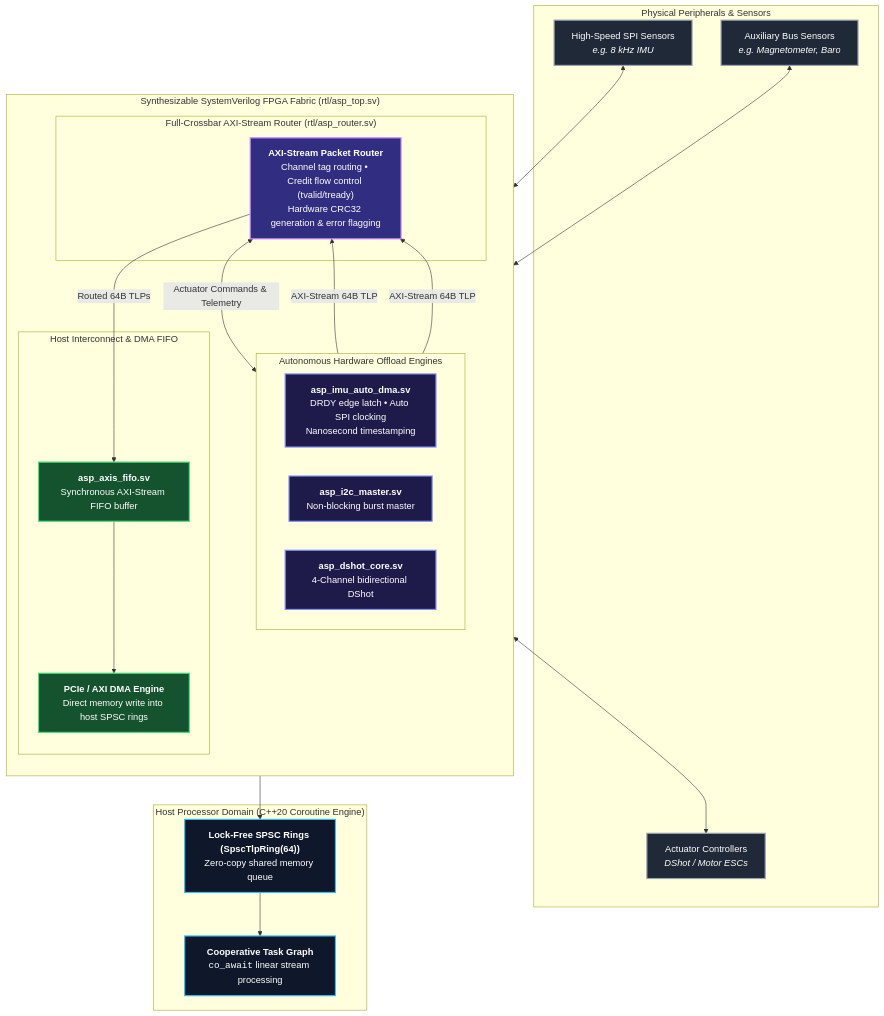
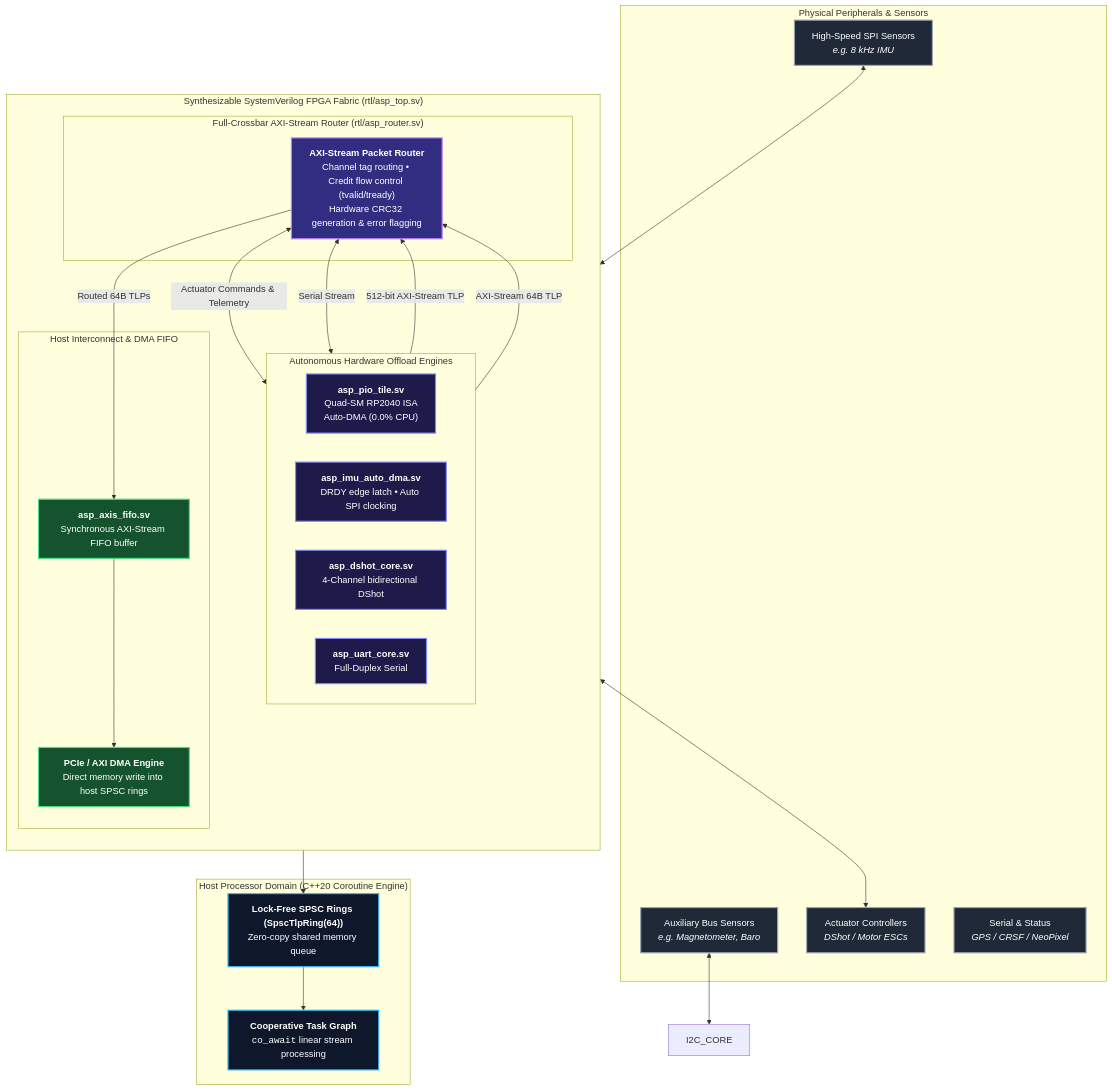
Before and after one commit to tcmichals/AbstractX: the sixth of 8 diagrams in README.md, drawn with Mermaid. The commit also changed other lines of this file and 5 other files, not shown here.

````diff
--- a/README.md
+++ b/README.md
@@ -545,55 +553,58 @@
 ```mermaid
 flowchart TD
     subgraph SENSORS["Physical Peripherals & Sensors"]
         SPI_DEV["High-Speed SPI Sensors<br/><i>e.g. 8 kHz IMU</i>"]
         I2C_DEV["Auxiliary Bus Sensors<br/><i>e.g. Magnetometer, Baro</i>"]
         PWM_ACT["Actuator Controllers<br/><i>DShot / Motor ESCs</i>"]
+        SER_DEV["Serial & Status<br/><i>GPS / CRSF / NeoPixel</i>"]
     end
 
     subgraph FPGA["Synthesizable SystemVerilog FPGA Fabric (rtl/asp_top.sv)"]
         direction TB
         
         subgraph CORES["Autonomous Hardware Offload Engines"]
             direction LR
-            AUTO_DMA["<b>asp_imu_auto_dma.sv</b><br/>DRDY edge latch • Auto SPI clocking<br/>Nanosecond timestamping"]
-            I2C_CORE["<b>asp_i2c_master.sv</b><br/>Non-blocking burst master"]
+            PIO_CORE["<b>asp_pio_tile.sv</b><br/>Quad-SM RP2040 ISA<br/>Auto-DMA (0.0% CPU)"]
+            AUTO_DMA["<b>asp_imu_auto_dma.sv</b><br/>DRDY edge latch • Auto SPI clocking"]
             DSHOT_CORE["<b>asp_dshot_core.sv</b><br/>4-Channel bidirectional DShot"]
+            UART_CORE["<b>asp_uart_core.sv</b><br/>Full-Duplex Serial"]
         end
 
         subgraph SWITCH["Full-Crossbar AXI-Stream Router (rtl/asp_router.sv)"]
             ROUTER["<b>AXI-Stream Packet Router</b><br/>Channel tag routing • Credit flow control (tvalid/tready)<br/>Hardware CRC32 generation & error flagging"]
         end
 
         subgraph EGRESS["Host Interconnect & DMA FIFO"]
             AXI_FIFO["<b>asp_axis_fifo.sv</b><br/>Synchronous AXI-Stream FIFO buffer"]
             PCIE_DMA["<b>PCIe / AXI DMA Engine</b><br/>Direct memory write into host SPSC rings"]
         end
 
+        PIO_CORE -->|512-bit AXI-Stream TLP| ROUTER
         AUTO_DMA -->|AXI-Stream 64B TLP| ROUTER
-        I2C_CORE -->|AXI-Stream 64B TLP| ROUTER
         ROUTER <-->|Actuator Commands & Telemetry| DSHOT_CORE
+        ROUTER <-->|Serial Stream| UART_CORE
         ROUTER -->|Routed 64B TLPs| AXI_FIFO --> PCIE_DMA
     end
 
     subgraph HOST["Host Processor Domain (C++20 Coroutine Engine)"]
         SPSC_HOST["<b>Lock-Free SPSC Rings (SpscTlpRing(64))</b><br/>Zero-copy shared memory queue"]
         CORO_HOST["<b>Cooperative Task Graph</b><br/><code>co_await</code> linear stream processing"]
         PCIE_DMA --> SPSC_HOST --> CORO_HOST
     end
 
     SPI_DEV <--> AUTO_DMA
     I2C_DEV <--> I2C_CORE
     DSHOT_CORE <--> PWM_ACT
 
     classDef devStyle fill:#1f2937,stroke:#9ca3af,stroke-width:2px,color:#ffffff;
     classDef coreStyle fill:#1e1b4b,stroke:#818cf8,stroke-width:2px,color:#ffffff;
     classDef routerStyle fill:#312e81,stroke:#c084fc,stroke-width:2px,color:#ffffff;
     classDef egressStyle fill:#14532d,stroke:#4ade80,stroke-width:2px,color:#ffffff;
     classDef hostStyle fill:#0f172a,stroke:#38bdf8,stroke-width:2px,color:#ffffff;
 
-    class SPI_DEV,I2C_DEV,PWM_ACT devStyle;
-    class AUTO_DMA,I2C_CORE,DSHOT_CORE coreStyle;
+    class SPI_DEV,I2C_DEV,PWM_ACT,SER_DEV devStyle;
+    class AUTO_DMA,PIO_CORE,DSHOT_CORE,UART_CORE coreStyle;
     class ROUTER routerStyle;
     class AXI_FIFO,PCIE_DMA egressStyle;
     class SPSC_HOST,CORO_HOST hostStyle;
 ```
````
